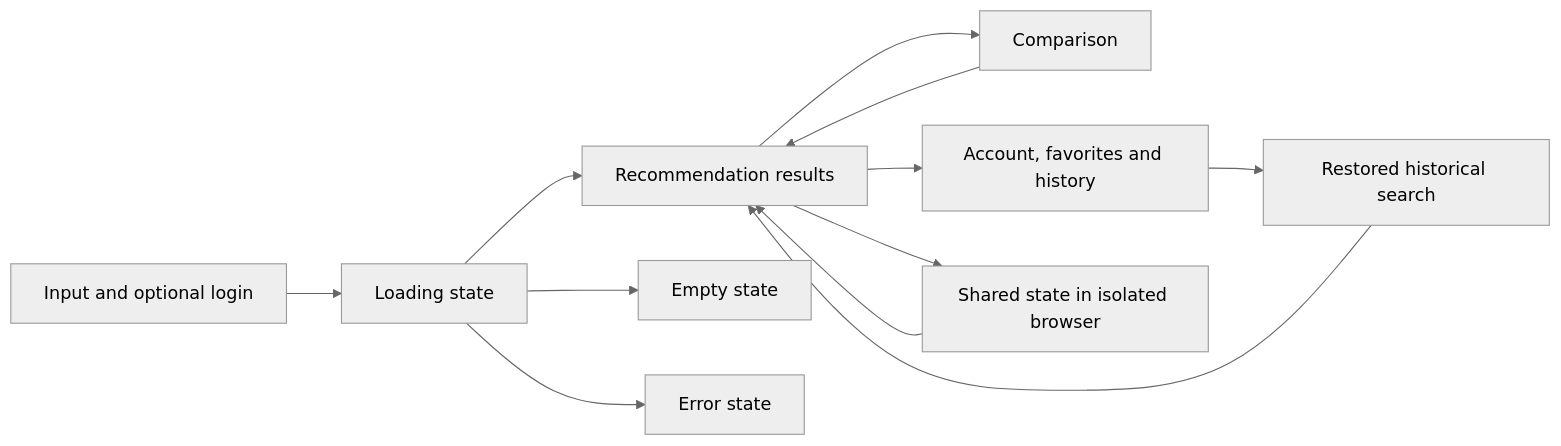
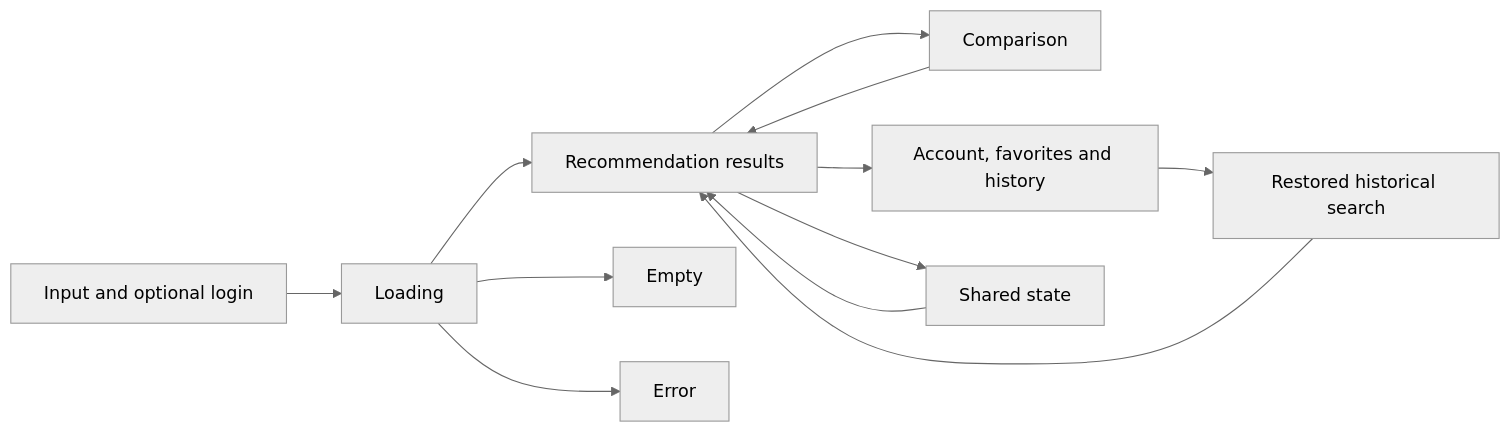
One commit to Chu-Junjie/CP3407-PROJECT changed the sixth of 6 diagrams in docs/v3-design-and-architecture.md. Above: the diagram before and after it, drawn with Mermaid (neutral theme). The commit also changed other lines of this file, not shown here.

````diff
--- a/docs/v3-design-and-architecture.md
+++ b/docs/v3-design-and-architecture.md
@@ -421,24 +368,24 @@
 ```mermaid
 flowchart LR
-    Start[Input and optional login]
-    Loading[Loading state]
+    Input[Input and optional login]
+    Loading[Loading]
     Results[Recommendation results]
-    Empty[Empty state]
-    Error[Error state]
+    Empty[Empty]
+    Error[Error]
     Compare[Comparison]
     Account[Account, favorites and history]
     Restore[Restored historical search]
-    Share[Shared state in isolated browser]
+    Share[Shared state]
 
-    Start --> Loading
+    Input --> Loading
     Loading --> Results
     Loading --> Empty
     Loading --> Error
     Results --> Compare
     Results --> Account
     Account --> Restore
     Restore --> Results
     Results --> Share
     Share --> Results
     Compare --> Results
 ```
````
